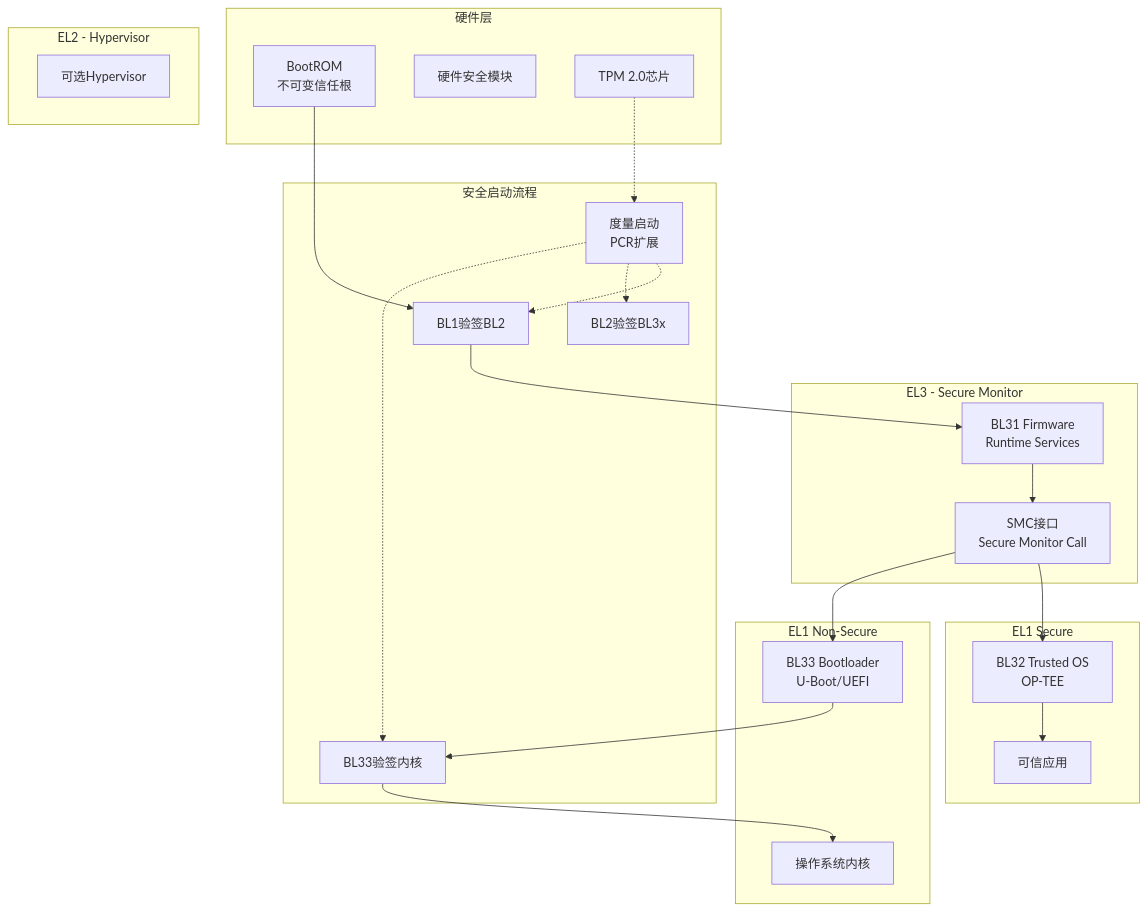
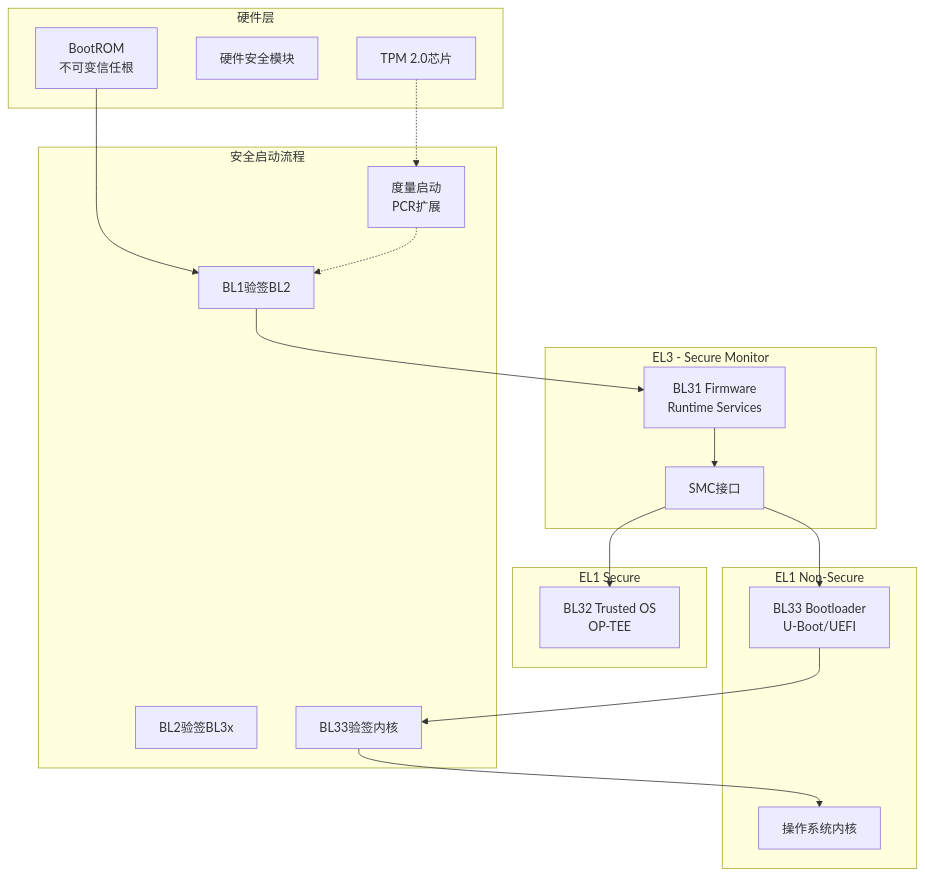
Before and after one commit to AdaMartin18010/C_Lang: the diagram in knowledge/03_System_Technology_Domains/06_Security_Boot/README.md, drawn with Mermaid. The commit also changed other lines of this file and 8 other files, not shown here.

````diff
--- a/knowledge/03_System_Technology_Domains/06_Security_Boot/README.md
+++ b/knowledge/03_System_Technology_Domains/06_Security_Boot/README.md
@@ -138,46 +107,34 @@
 ```mermaid
 flowchart TB
     subgraph HW["硬件层"]
         BOOTROM[BootROM<br/>不可变信任根]
         HSM[硬件安全模块]
         TPM[TPM 2.0芯片]
     end
 
     subgraph EL3["EL3 - Secure Monitor"]
         BL31[BL31 Firmware<br/>Runtime Services]
-        SMC[SMC接口<br/>Secure Monitor Call]
-    end
-
-    subgraph EL2["EL2 - Hypervisor"]
-        HYP[可选Hypervisor]
+        SMC[SMC接口]
     end
 
     subgraph EL1_S["EL1 Secure"]
         BL32[BL32 Trusted OS<br/>OP-TEE]
-        TEE[可信应用]
     end
 
     subgraph EL1_NS["EL1 Non-Secure"]
         BL33[BL33 Bootloader<br/>U-Boot/UEFI]
         KERNEL[操作系统内核]
     end
 
     subgraph BootFlow["安全启动流程"]
         VERIFY1[BL1验签BL2]
         VERIFY2[BL2验签BL3x]
         VERIFY3[BL33验签内核]
         MEASURE[度量启动<br/>PCR扩展]
     end
 
-    BOOTROM --> VERIFY1 --> BL31
-    BL31 --> SMC
+    BOOTROM --> VERIFY1 --> BL31 --> SMC
     SMC --> BL32
-    SMC --> BL33
-    BL32 --> TEE
-    BL33 --> VERIFY3 --> KERNEL
-    
-    TPM -.-> MEASURE
-    MEASURE -.-> VERIFY1
-    MEASURE -.-> VERIFY2
-    MEASURE -.-> VERIFY3
+    SMC --> BL33 --> VERIFY3 --> KERNEL
+    TPM -.-> MEASURE -.-> VERIFY1
 ```
````
